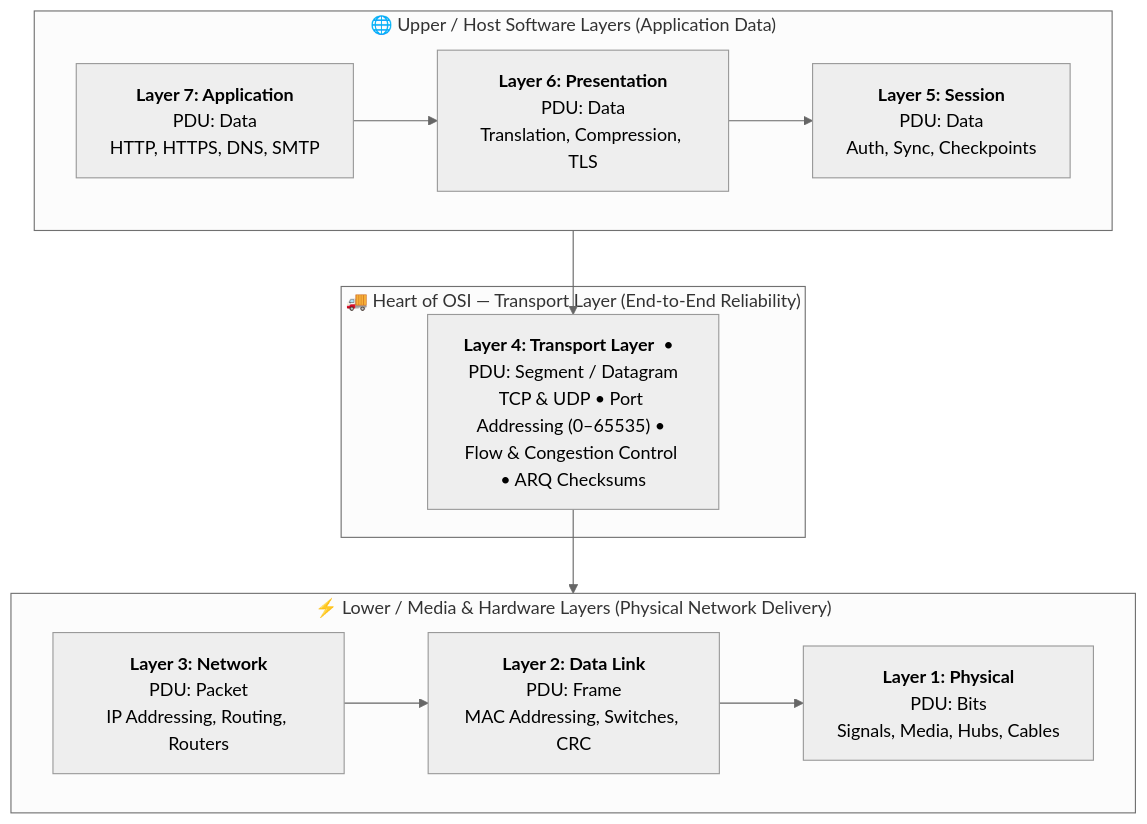
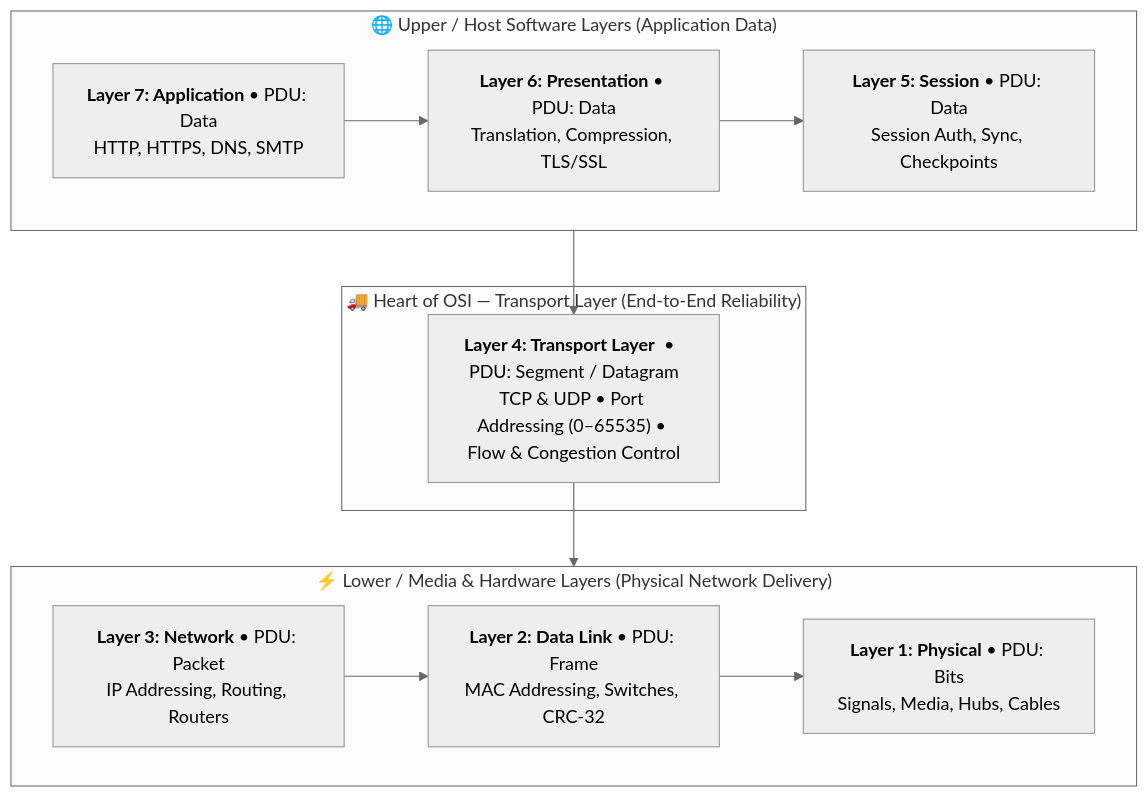
The first of 5 diagrams in 03-Computer-Networks/OSI-Model-7-Layers.md (rohithgowda18/Notes), drawn with Mermaid (neutral theme) before and after one commit. The commit also changed other lines of this file, not shown here.

````diff
--- a/03-Computer-Networks/OSI-Model-7-Layers.md
+++ b/03-Computer-Networks/OSI-Model-7-Layers.md
@@ -36,25 +36,25 @@
 ```mermaid
 flowchart TD
     subgraph Host["🌐 Upper / Host Software Layers (Application Data)"]
         direction LR
-        L7["<b>Layer 7: Application</b><br/>PDU: Data<br/>HTTP, HTTPS, DNS, SMTP"]
-        L6["<b>Layer 6: Presentation</b><br/>PDU: Data<br/>Translation, Compression, TLS"]
-        L5["<b>Layer 5: Session</b><br/>PDU: Data<br/>Auth, Sync, Checkpoints"]
+        L7["<b>Layer 7: Application</b> &bull; PDU: Data<br/>HTTP, HTTPS, DNS, SMTP"]
+        L6["<b>Layer 6: Presentation</b> &bull; PDU: Data<br/>Translation, Compression, TLS/SSL"]
+        L5["<b>Layer 5: Session</b> &bull; PDU: Data<br/>Session Auth, Sync, Checkpoints"]
         L7 --> L6 --> L5
     end
 
     subgraph Heart["🚚 Heart of OSI — Transport Layer (End-to-End Reliability)"]
-        L4["<b>Layer 4: Transport Layer</b> &nbsp;&bull;&nbsp; PDU: Segment / Datagram<br/>TCP & UDP &bull; Port Addressing (0–65535) &bull; Flow & Congestion Control &bull; ARQ Checksums"]
+        L4["<b>Layer 4: Transport Layer</b> &nbsp;&bull;&nbsp; PDU: Segment / Datagram<br/>TCP & UDP &bull; Port Addressing (0–65535) &bull; Flow & Congestion Control"]
     end
 
     subgraph Media["⚡ Lower / Media & Hardware Layers (Physical Network Delivery)"]
         direction LR
-        L3["<b>Layer 3: Network</b><br/>PDU: Packet<br/>IP Addressing, Routing, Routers"]
-        L2["<b>Layer 2: Data Link</b><br/>PDU: Frame<br/>MAC Addressing, Switches, CRC"]
-        L1["<b>Layer 1: Physical</b><br/>PDU: Bits<br/>Signals, Media, Hubs, Cables"]
+        L3["<b>Layer 3: Network</b> &bull; PDU: Packet<br/>IP Addressing, Routing, Routers"]
+        L2["<b>Layer 2: Data Link</b> &bull; PDU: Frame<br/>MAC Addressing, Switches, CRC-32"]
+        L1["<b>Layer 1: Physical</b> &bull; PDU: Bits<br/>Signals, Media, Hubs, Cables"]
         L3 --> L2 --> L1
     end
 
     L5 --> L4
     L4 --> L3
 ```
````
